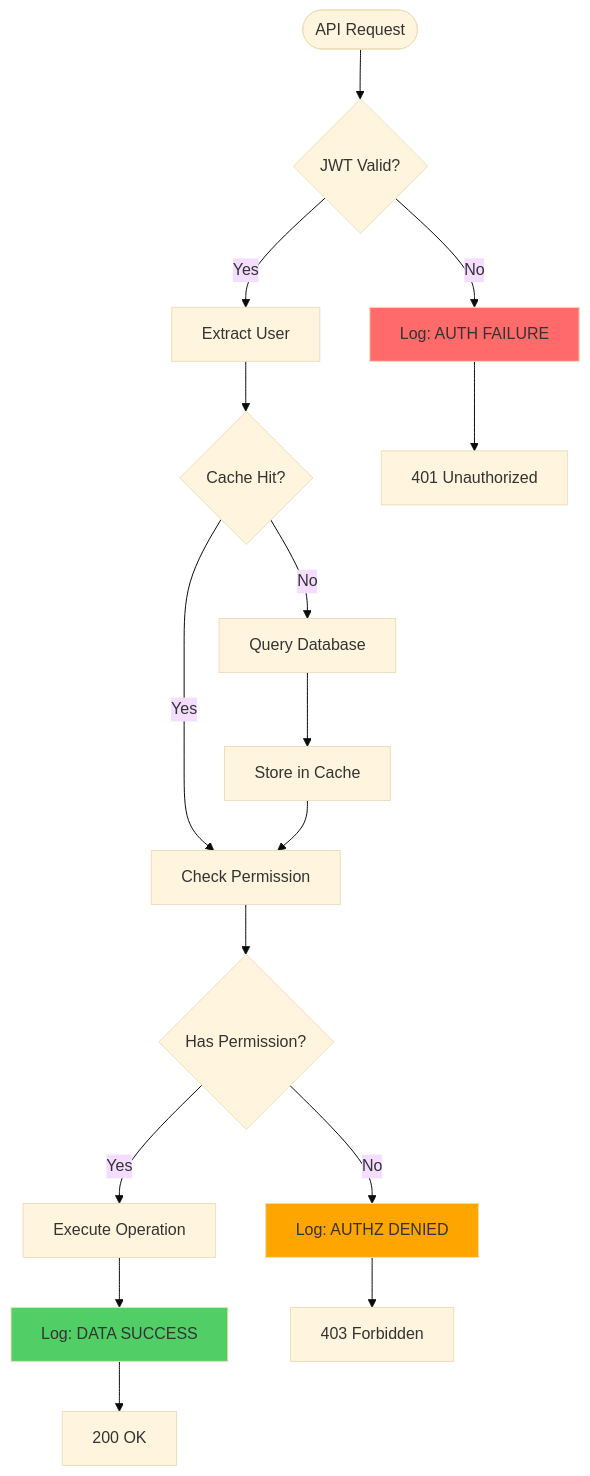
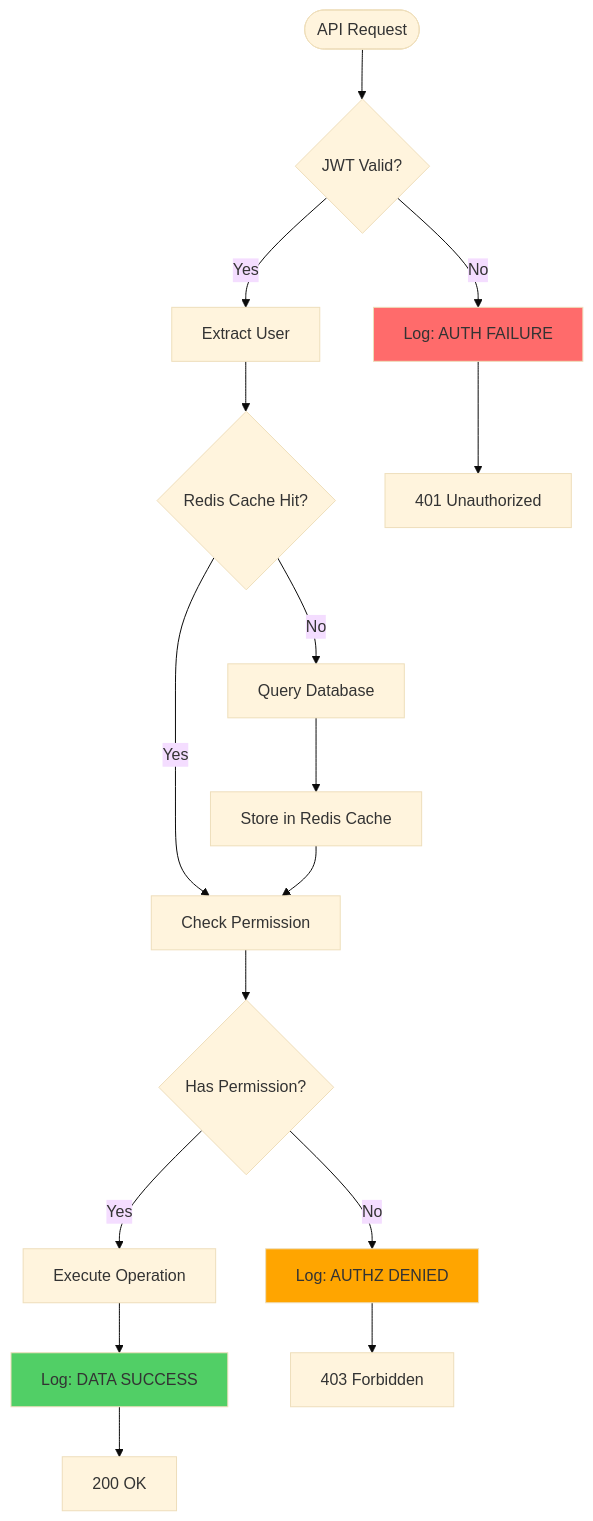
One commit to telemetryflow/telemetryflow-core changed the sixth of 14 diagrams in docs/ARCHITECTURE_DIAGRAMS.md. Above: the diagram before and after it, drawn with Mermaid (base theme). The commit also changed other lines of this file and 2428 other files, not shown here.

````diff
--- a/docs/ARCHITECTURE_DIAGRAMS.md
+++ b/docs/ARCHITECTURE_DIAGRAMS.md
@@ -264,23 +294,23 @@
 ```mermaid
 flowchart TD
     Start([API Request]) --> JWT{JWT Valid?}
     JWT -->|No| Audit1[Log: AUTH FAILURE]
     JWT -->|Yes| Extract[Extract User]
-    Extract --> Cache{Cache Hit?}
+    Extract --> Cache{Redis Cache Hit?}
     Cache -->|Yes| Check[Check Permission]
     Cache -->|No| DB[Query Database]
-    DB --> Store[Store in Cache]
+    DB --> Store[Store in Redis Cache]
     Store --> Check
     Check --> Has{Has Permission?}
     Has -->|No| Audit2[Log: AUTHZ DENIED]
     Has -->|Yes| Execute[Execute Operation]
     Execute --> Audit3[Log: DATA SUCCESS]
 
     Audit1 --> Return1[401 Unauthorized]
     Audit2 --> Return2[403 Forbidden]
     Audit3 --> Return3[200 OK]
 
     style Audit1 fill:#ff6b6b
     style Audit2 fill:#ffa500
     style Audit3 fill:#51cf66
 ```
````
